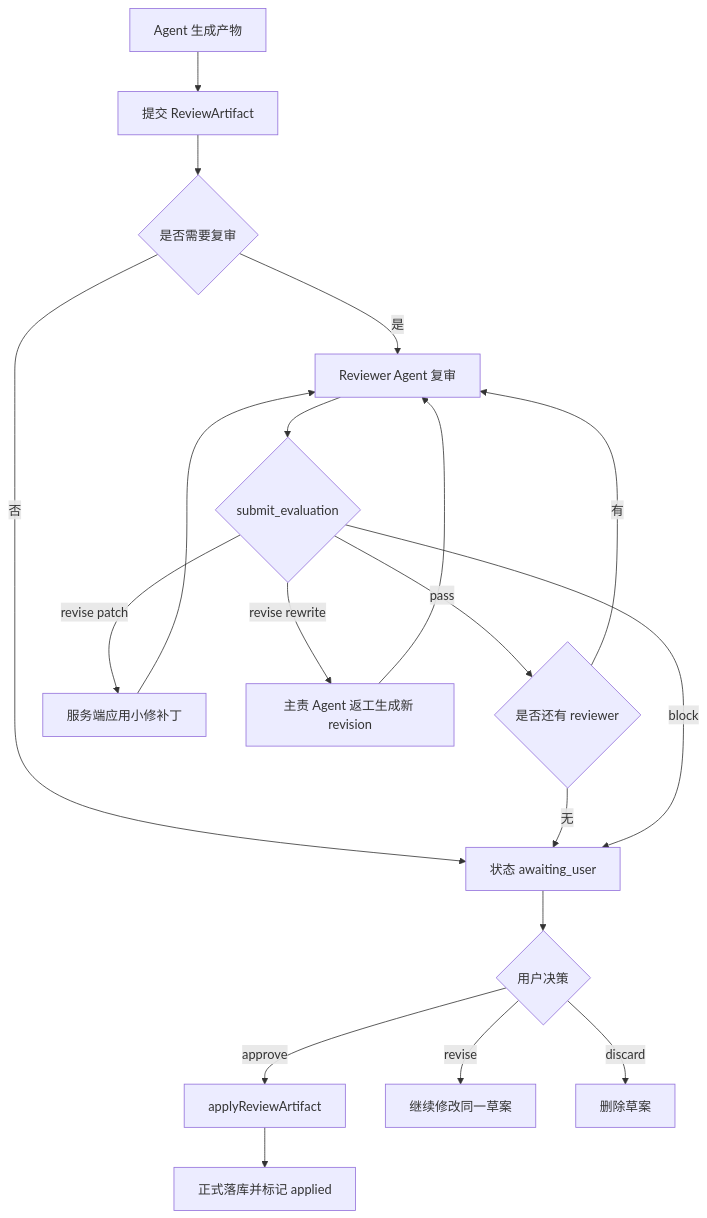
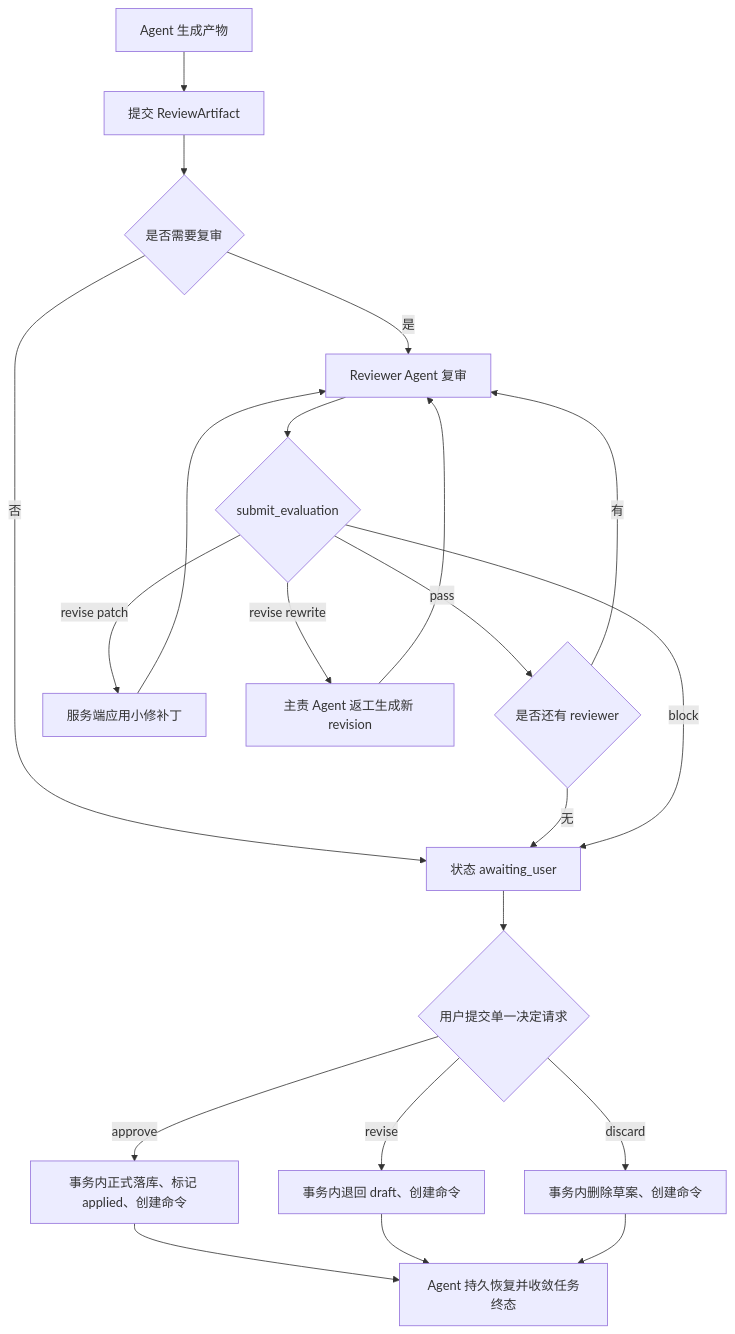
Before and after one commit to chimeiwang/Smart-Novel-Gen-nie: the second of 4 diagrams in docs/requirements/04-review-quality-and-workflow.md, drawn with Mermaid. The commit also changed other lines of this file and 5 other files, not shown here.

```diff
--- a/docs/requirements/04-review-quality-and-workflow.md
+++ b/docs/requirements/04-review-quality-and-workflow.md
@@ -52,21 +52,23 @@
 ~~~mermaid
 flowchart TD
     A["Agent 生成产物"] --> B["提交 ReviewArtifact"]
     B --> C{"是否需要复审"}
     C -->|"否"| D["状态 awaiting_user"]
     C -->|"是"| E["Reviewer Agent 复审"]
     E --> F{"submit_evaluation"}
     F -->|"pass"| G{"是否还有 reviewer"}
     G -->|"有"| E
     G -->|"无"| D
     F -->|"revise patch"| H["服务端应用小修补丁"]
     H --> E
     F -->|"revise rewrite"| I["主责 Agent 返工生成新 revision"]
     I --> E
     F -->|"block"| D
-    D --> J{"用户决策"}
-    J -->|"approve"| K["applyReviewArtifact"]
-    J -->|"revise"| L["继续修改同一草案"]
-    J -->|"discard"| M["删除草案"]
-    K --> N["正式落库并标记 applied"]
+    D --> J{"用户提交单一决定请求"}
+    J -->|"approve"| K["事务内正式落库、标记 applied、创建命令"]
+    J -->|"revise"| L["事务内退回 draft、创建命令"]
+    J -->|"discard"| M["事务内删除草案、创建命令"]
+    K --> N["Agent 持久恢复并收敛任务终态"]
+    L --> N
+    M --> N
 ~~~
```
